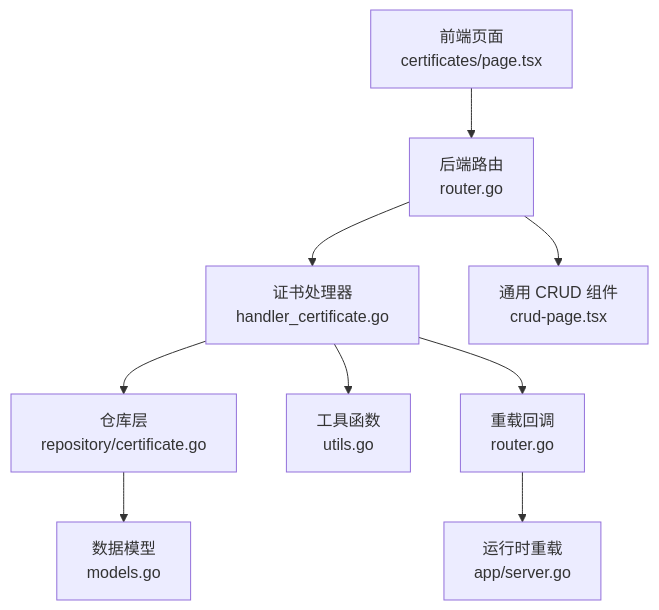
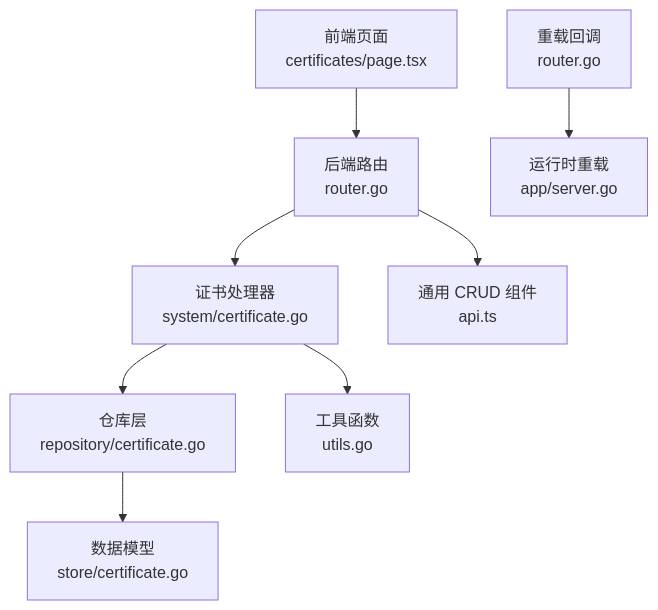
The first of 6 diagrams in docs/管理 API 系统/证书管理 API.md (x01n/My-OpenWaf), drawn with Mermaid before and after one commit. The commit also changed other lines of this file and 199 other files, not shown here.

````diff
--- a/docs/管理 API 系统/证书管理 API.md
+++ b/docs/管理 API 系统/证书管理 API.md
@@ -40,11 +40,10 @@
 ```mermaid
 graph TB
 FE["前端页面<br/>certificates/page.tsx"] --> API["后端路由<br/>router.go"]
-API --> Handler["证书处理器<br/>handler_certificate.go"]
+API --> Handler["证书处理器<br/>system/certificate.go"]
 Handler --> Repo["仓库层<br/>repository/certificate.go"]
-Repo --> Model["数据模型<br/>models.go"]
+Repo --> Model["数据模型<br/>store/certificate.go"]
 Handler --> Utils["工具函数<br/>utils.go"]
-API --> FrontendCRUD["通用 CRUD 组件<br/>crud-page.tsx"]
-Handler --> Reload["重载回调<br/>router.go"]
-Reload --> Runtime["运行时重载<br/>app/server.go"]
+API --> FrontendCRUD["通用 CRUD 组件<br/>api.ts"]
+Reload["重载回调<br/>router.go"] --> Runtime["运行时重载<br/>app/server.go"]
 ```
````
